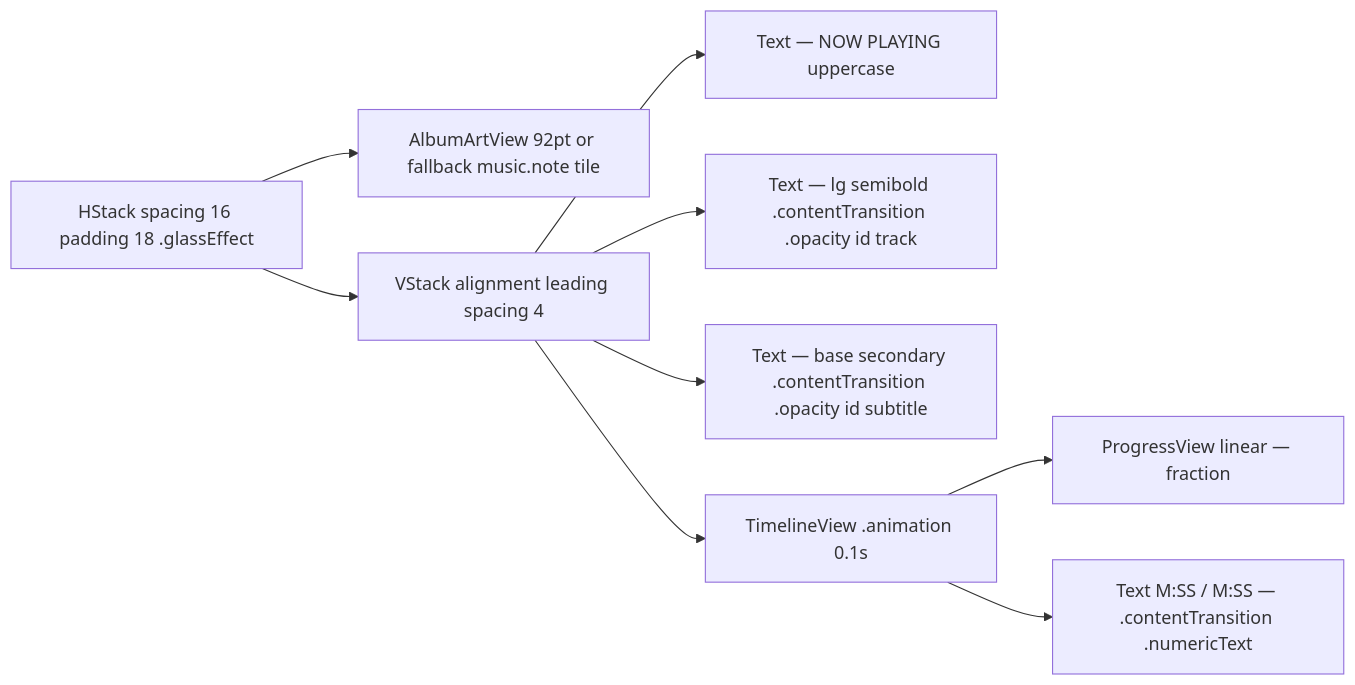
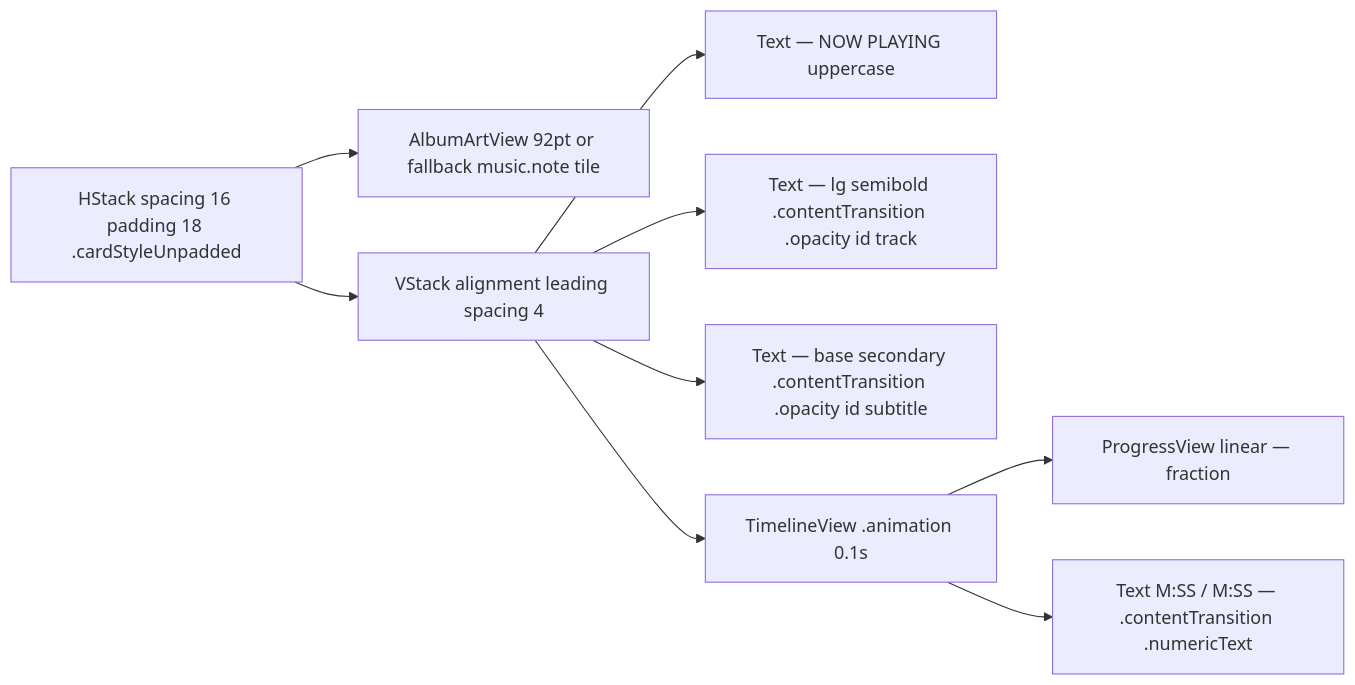
One commit to MrDemonWolf/WolfWave changed the diagram in design-system/components/now-playing-hero-card.md. Above: the diagram before and after it, drawn with Mermaid. The commit also changed other lines of this file and 2 other files, not shown here.

First line of the commit message:
Use opaque macOS surface for settings cards instead of Liquid Glass (#242)

````diff
--- a/design-system/components/now-playing-hero-card.md
+++ b/design-system/components/now-playing-hero-card.md
@@ -50,11 +50,11 @@
 ```mermaid
 graph LR
-  Card[HStack spacing 16 padding 18 .glassEffect] --> Art[AlbumArtView 92pt or fallback music.note tile]
+  Card[HStack spacing 16 padding 18 .cardStyleUnpadded] --> Art[AlbumArtView 92pt or fallback music.note tile]
   Card --> Text[VStack alignment leading spacing 4]
   Text --> Eyebrow[Text — NOW PLAYING uppercase]
   Text --> Title[Text — lg semibold .contentTransition .opacity id track]
   Text --> Subtitle[Text — base secondary .contentTransition .opacity id subtitle]
   Text --> Progress[TimelineView .animation 0.1s]
   Progress --> Bar[ProgressView linear — fraction]
   Progress --> Stamp[Text M:SS / M:SS — .contentTransition .numericText]
 ```
````
